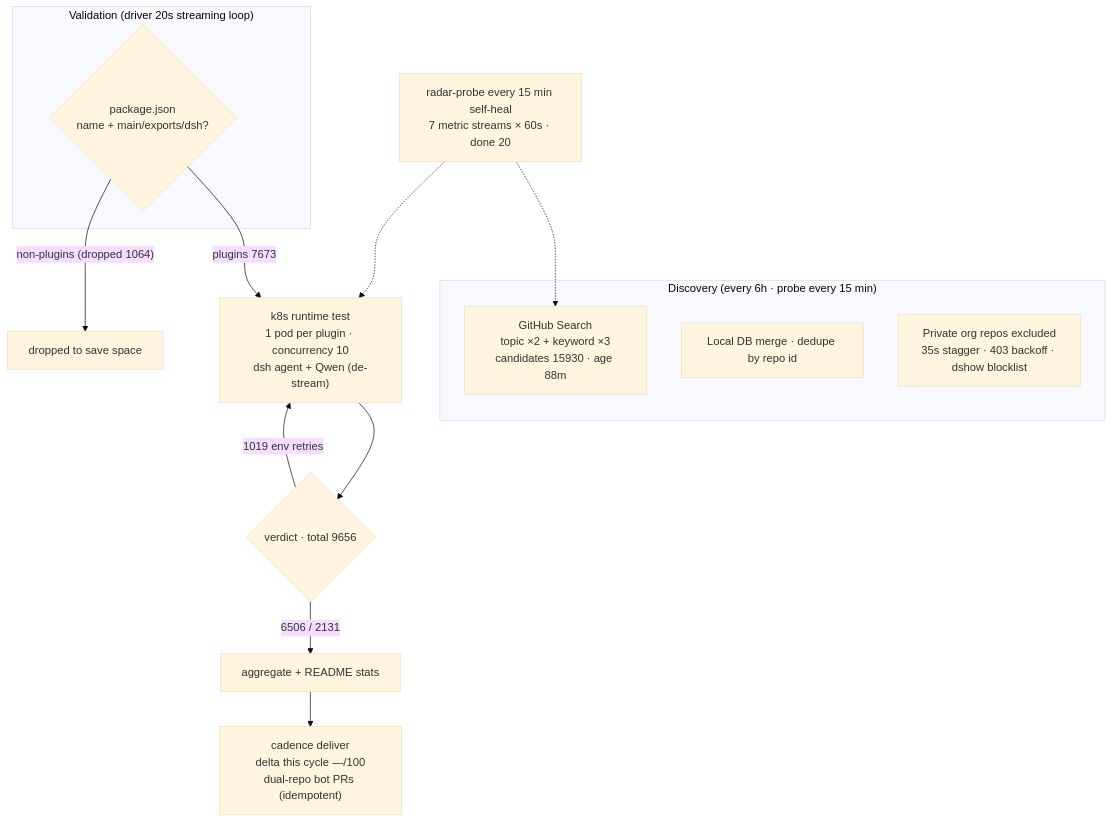
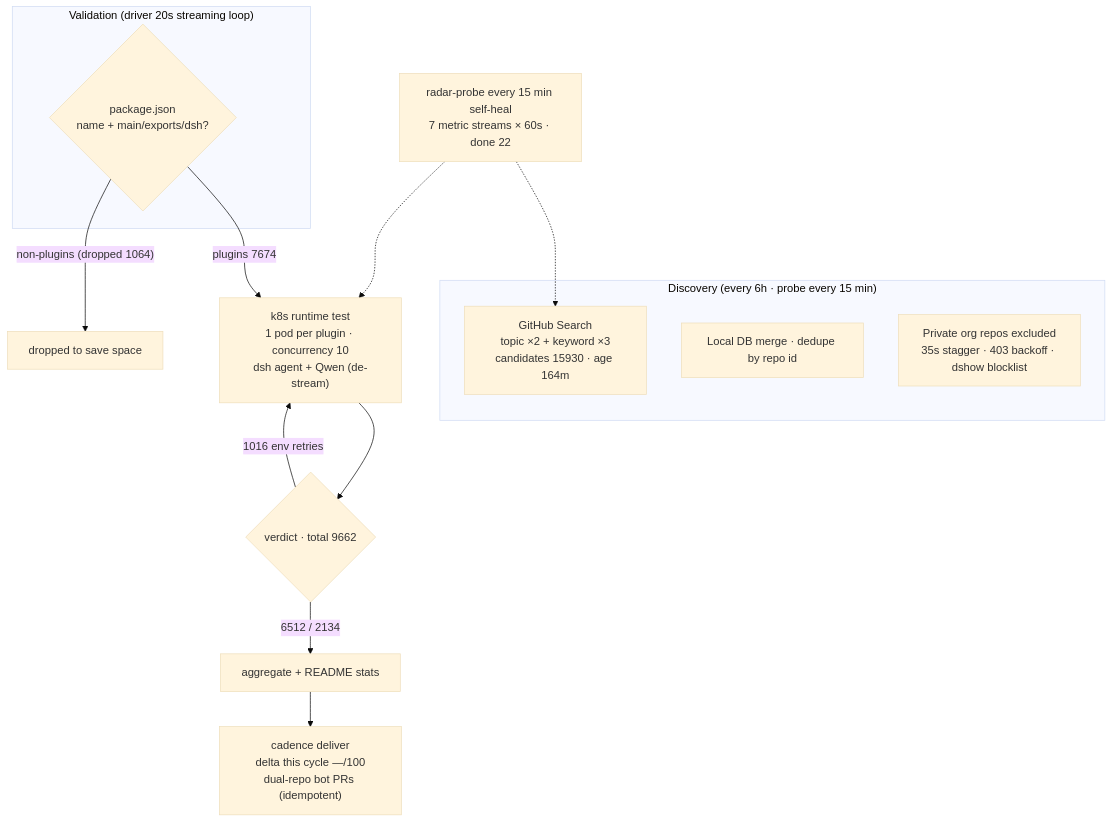
Before and after one commit to AdamPlatin123/awesome-dsh-plugins: the diagram in README.en-US.md, drawn with Mermaid (base theme). The commit also changed other lines of this file and 4 other files, not shown here.

````diff
--- a/README.en-US.md
+++ b/README.en-US.md
@@ -30,20 +30,20 @@
 ```mermaid
 flowchart TB
     subgraph Discovery["Discovery (every 6h · probe every 15 min)"]
-        A1["GitHub Search<br/>topic ×2 + keyword ×3<br/>candidates 15930 · age 88m"]
+        A1["GitHub Search<br/>topic ×2 + keyword ×3<br/>candidates 15930 · age 164m"]
         A2["Local DB merge · dedupe by repo id"]
         A3["Private org repos excluded<br/>35s stagger · 403 backoff · dshow blocklist"]
     end
     subgraph Validation["Validation (driver 20s streaming loop)"]
         B1{"package.json<br/>name + main/exports/dsh?"}
     end
-    B1 -->|"plugins 7673"| C1["k8s runtime test<br/>1 pod per plugin · concurrency 10<br/>dsh agent + Qwen (de-stream)"]
+    B1 -->|"plugins 7674"| C1["k8s runtime test<br/>1 pod per plugin · concurrency 10<br/>dsh agent + Qwen (de-stream)"]
     B1 -->|"non-plugins (dropped 1064)"| B3["dropped to save space"]
-    C1 --> D1{"verdict · total 9656"}
-    D1 -->|"6506 / 2131"| E1["aggregate + README stats"]
-    D1 -->|"1019 env retries"| C1
+    C1 --> D1{"verdict · total 9662"}
+    D1 -->|"6512 / 2134"| E1["aggregate + README stats"]
+    D1 -->|"1016 env retries"| C1
     E1 --> E2["cadence deliver<br/>delta this cycle —/100<br/>dual-repo bot PRs (idempotent)"]
-    M["radar-probe every 15 min self-heal<br/>7 metric streams × 60s · done 20"]
+    M["radar-probe every 15 min self-heal<br/>7 metric streams × 60s · done 22"]
     M -.-> A1
     M -.-> C1
 ```
````
